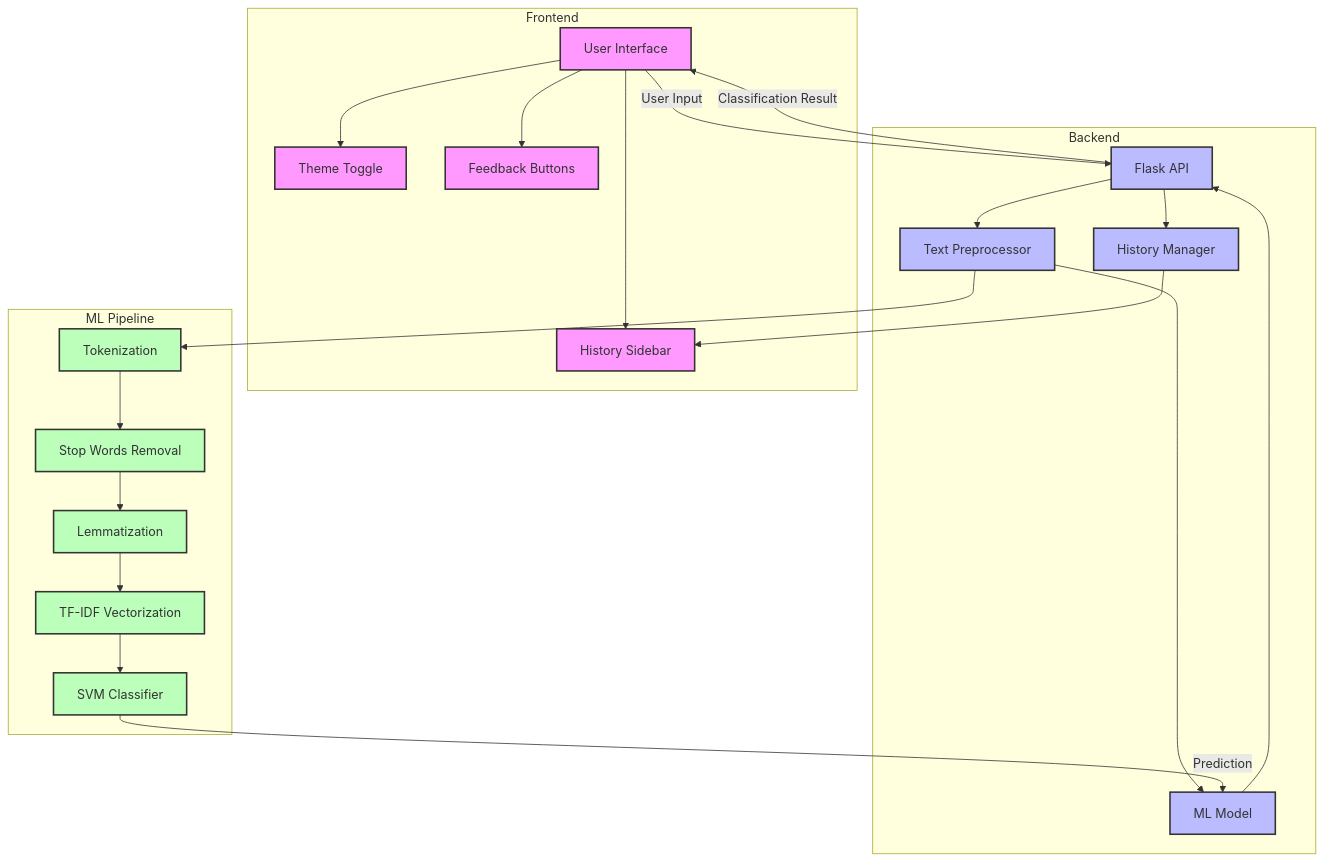
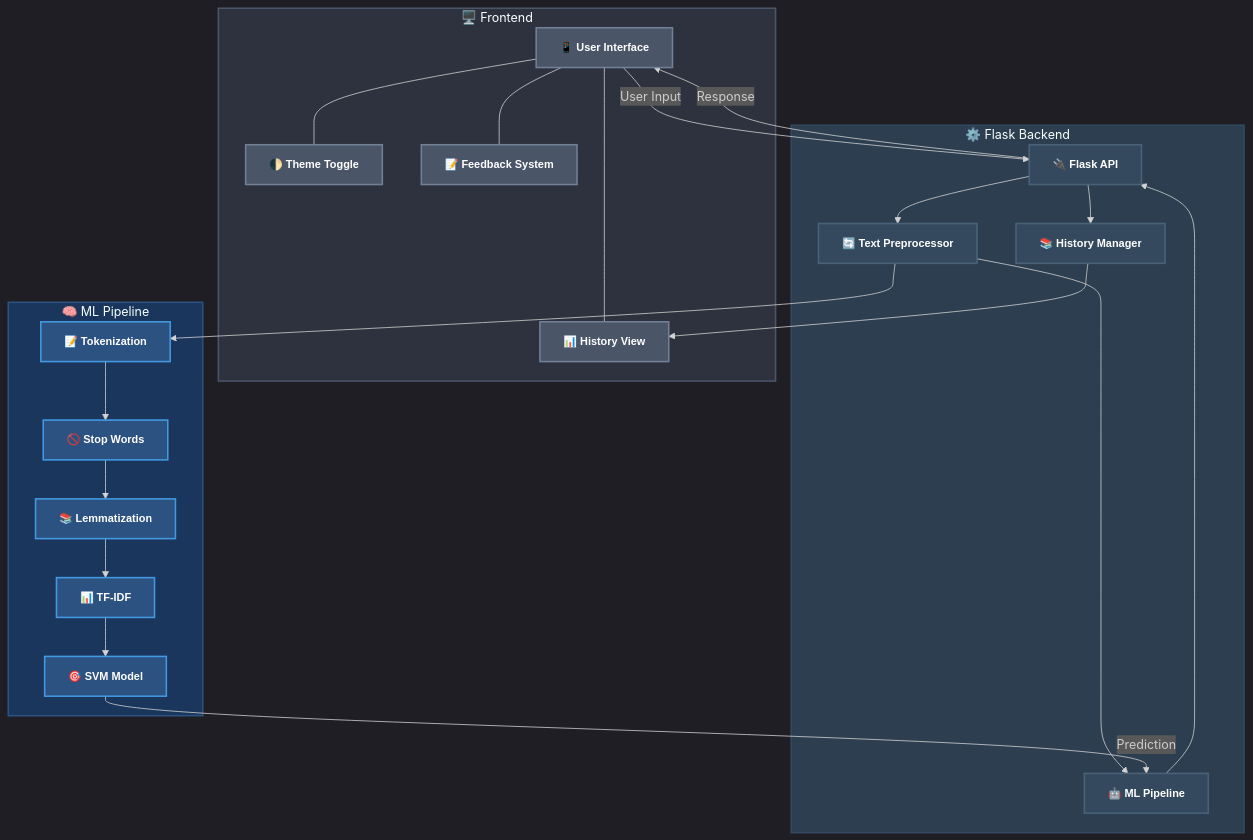
The first of 3 diagrams in README.md (ogshivam/spambae), drawn with Mermaid before and after one commit. The commit also changed other lines of this file, not shown here.

Commit message:
docs: enhance README with improved system architecture diagrams
- Added dark theme for better contrast
- Improved visual hierarchy with emojis and consistent styling
- Updated component relationships to match implementation
- Enhanced sequence and data flow diagrams

````diff
--- a/README.md
+++ b/README.md
@@ -72,55 +72,54 @@
 ```mermaid
+%%{init: {'theme': 'dark', 'themeVariables': { 'fontFamily': 'arial', 'fontSize': '16px'}}}%%
 graph TB
-    subgraph Frontend
-        UI[User Interface]
-        TT[Theme Toggle]
-        FB[Feedback Buttons]
-        HIS[History Sidebar]
+    subgraph Frontend["🖥️ Frontend"]
+        style Frontend fill:#2D323E,stroke:#4A5568,stroke-width:2px
+        UI["📱 User Interface"]
+        TT["🌓 Theme Toggle"]
+        FB["📝 Feedback System"]
+        HIS["📊 History View"]
+        style UI fill:#4A5568,stroke:#718096,stroke-width:2px,color:#fff,font-weight:bold
+        style TT fill:#4A5568,stroke:#718096,stroke-width:2px,color:#fff,font-weight:bold
+        style FB fill:#4A5568,stroke:#718096,stroke-width:2px,color:#fff,font-weight:bold
+        style HIS fill:#4A5568,stroke:#718096,stroke-width:2px,color:#fff,font-weight:bold
     end
 
-    subgraph Backend
-        API[Flask API]
-        PP[Text Preprocessor]
-        ML[ML Model]
-        HIST[History Manager]
+    subgraph Backend["⚙️ Flask Backend"]
+        style Backend fill:#2C3E50,stroke:#34495E,stroke-width:2px
+        API["🔌 Flask API"]
+        PP["🔄 Text Preprocessor"]
+        ML["🤖 ML Pipeline"]
+        HIST["📚 History Manager"]
+        style API fill:#34495E,stroke:#4A6278,stroke-width:2px,color:#fff,font-weight:bold
+        style PP fill:#34495E,stroke:#4A6278,stroke-width:2px,color:#fff,font-weight:bold
+        style ML fill:#34495E,stroke:#4A6278,stroke-width:2px,color:#fff,font-weight:bold
+        style HIST fill:#34495E,stroke:#4A6278,stroke-width:2px,color:#fff,font-weight:bold
     end
 
-    subgraph ML Pipeline
-        TOK[Tokenization]
-        STOP[Stop Words Removal]
-        LEM[Lemmatization]
-        VEC[TF-IDF Vectorization]
-        SVM[SVM Classifier]
+    subgraph MLPipeline["🧠 ML Pipeline"]
+        style MLPipeline fill:#1A365D,stroke:#2C5282,stroke-width:2px
+        TOK["📝 Tokenization"]
+        STOP["🚫 Stop Words"]
+        LEM["📚 Lemmatization"]
+        VEC["📊 TF-IDF"]
+        SVM["🎯 SVM Model"]
+        style TOK fill:#2C5282,stroke:#4299E1,stroke-width:2px,color:#fff,font-weight:bold
+        style STOP fill:#2C5282,stroke:#4299E1,stroke-width:2px,color:#fff,font-weight:bold
+        style LEM fill:#2C5282,stroke:#4299E1,stroke-width:2px,color:#fff,font-weight:bold
+        style VEC fill:#2C5282,stroke:#4299E1,stroke-width:2px,color:#fff,font-weight:bold
+        style SVM fill:#2C5282,stroke:#4299E1,stroke-width:2px,color:#fff,font-weight:bold
     end
 
-    %% Frontend Connections
-    UI --> |User Input| API
-    API --> |Classification Result| UI
-    UI --> TT
-    UI --> FB
-    UI --> HIS
+    %% Connections with better styling
+    UI -->|"User Input"| API
+    API -->|"Response"| UI
+    UI --- TT & FB & HIS
+    API --> PP --> ML
+    ML --> API
+    API --> HIST --> HIS
+    PP --> TOK --> STOP --> LEM --> VEC --> SVM
+    SVM -->|"Prediction"| ML
 
-    %% Backend Flow
-    API --> PP
-    PP --> ML
-    ML --> API
-    API --> HIST
-    HIST --> HIS
-
-    %% ML Pipeline Flow
-    PP --> TOK
-    TOK --> STOP
-    STOP --> LEM
-    LEM --> VEC
-    VEC --> SVM
-    SVM --> |Prediction| ML
-
-    %% Styling
-    classDef frontend fill:#f9f,stroke:#333,stroke-width:2px
-    classDef backend fill:#bbf,stroke:#333,stroke-width:2px
-    classDef mlpipe fill:#bfb,stroke:#333,stroke-width:2px
-
-    class UI,TT,FB,HIS frontend
-    class API,PP,ML,HIST backend
-    class TOK,STOP,LEM,VEC,SVM mlpipe
+    %% Global styles
+    classDef default color:#fff,font-family:arial,font-size:14px
 ```
````
